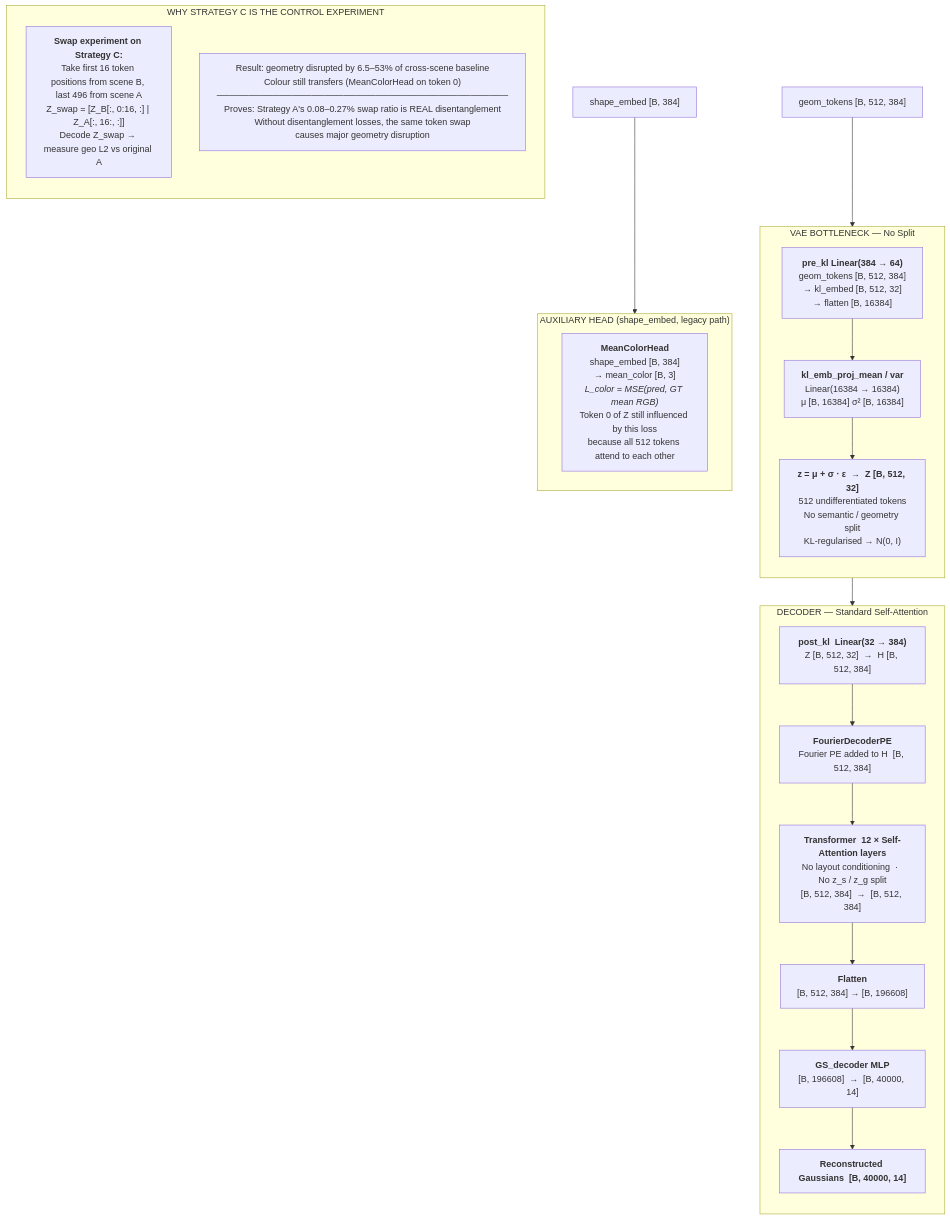
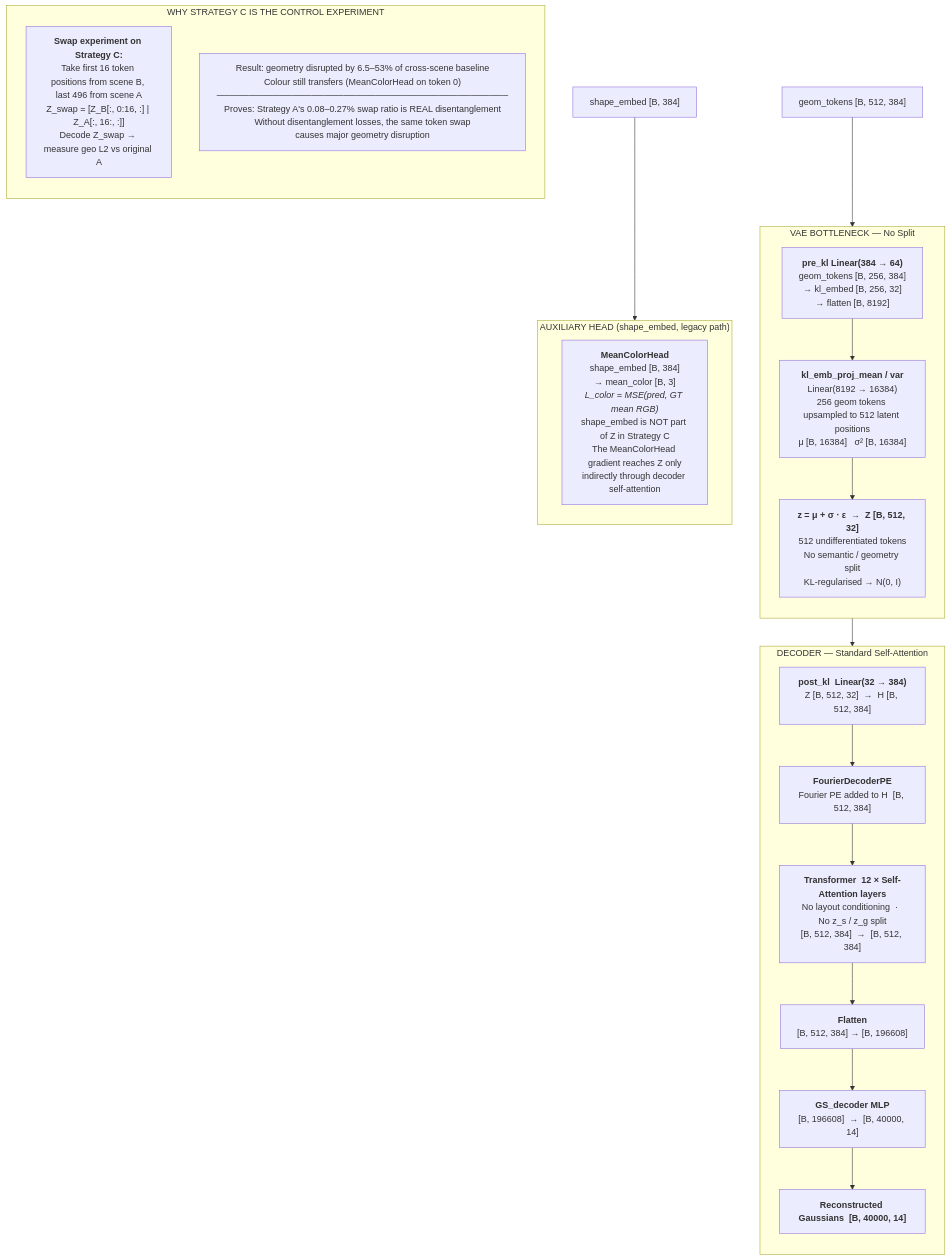
The sixth of 8 diagrams in README_NEW.md (Hafeezmhk7/Semantic-Scene-Completion), drawn with Mermaid before and after one commit. The commit also changed other lines of this file, not shown here.

````diff
--- a/README_NEW.md
+++ b/README_NEW.md
@@ -329,36 +416,36 @@
 ```mermaid
 flowchart TD
     SE_C["shape_embed  [B, 384]"]
     GT_C["geom_tokens  [B, 512, 384]"]
 
     subgraph BOT_C["VAE BOTTLENECK — No Split"]
         direction TB
-        PREKL_C["<b>pre_kl  Linear(384 → 64)</b><br/>geom_tokens [B, 512, 384]<br/>→ kl_embed [B, 512, 32]<br/>→ flatten  [B, 16384]"]
-        MU_C["<b>kl_emb_proj_mean / var</b><br/>Linear(16384 → 16384)<br/>μ [B, 16384]   σ² [B, 16384]"]
+        PREKL_C["<b>pre_kl  Linear(384 → 64)</b><br/>geom_tokens [B, 256, 384]<br/>→ kl_embed [B, 256, 32]<br/>→ flatten  [B, 8192]"]
+        MU_C["<b>kl_emb_proj_mean / var</b><br/>Linear(8192 → 16384)<br/>256 geom tokens upsampled to 512 latent positions<br/>μ [B, 16384]   σ² [B, 16384]"]
         Z_C["<b>z = μ + σ · ε  →  Z [B, 512, 32]</b><br/>512 undifferentiated tokens<br/>No semantic / geometry split<br/>KL-regularised → N(0, I)"]
     end
 
     subgraph HEAD_C["AUXILIARY HEAD  (shape_embed, legacy path)"]
-        HC_C["<b>MeanColorHead</b><br/>shape_embed [B, 384]<br/>→ mean_color [B, 3]<br/><i>L_color = MSE(pred, GT mean RGB)</i><br/>Token 0 of Z still influenced by this loss<br/>because all 512 tokens attend to each other"]
+        HC_C["<b>MeanColorHead</b><br/>shape_embed [B, 384]<br/>→ mean_color [B, 3]<br/><i>L_color = MSE(pred, GT mean RGB)</i><br/>shape_embed is NOT part of Z in Strategy C<br/>The MeanColorHead gradient reaches Z only<br/>indirectly through decoder self-attention"]
     end
 
     subgraph DEC_C["DECODER — Standard Self-Attention"]
         direction TB
         POSTKL_C["<b>post_kl  Linear(32 → 384)</b><br/>Z [B, 512, 32]  →  H [B, 512, 384]"]
         FOURPE_C["<b>FourierDecoderPE</b><br/>Fourier PE added to H  [B, 512, 384]"]
         TRANS_C["<b>Transformer  12 × Self-Attention layers</b><br/>No layout conditioning  ·  No z_s / z_g split<br/>[B, 512, 384]  →  [B, 512, 384]"]
         FLAT_C["<b>Flatten</b><br/>[B, 512, 384]  →  [B, 196608]"]
         GSD_C["<b>GS_decoder MLP</b><br/>[B, 196608]  →  [B, 40000, 14]"]
         OUT_C["<b>Reconstructed Gaussians  [B, 40000, 14]</b>"]
     end
 
     subgraph CTRL["WHY STRATEGY C IS THE CONTROL EXPERIMENT"]
         direction TB
         NOTE1["<b>Swap experiment on Strategy C:</b><br/>Take first 16 token positions from scene B, last 496 from scene A<br/>Z_swap = [Z_B[:, 0:16, :] | Z_A[:, 16:, :]]<br/>Decode Z_swap → measure geo L2 vs original A"]
         NOTE2["Result: geometry disrupted by 6.5–53% of cross-scene baseline<br/>Colour still transfers (MeanColorHead on token 0)<br/>──────────────────────────────────────────────<br/>Proves: Strategy A's 0.08–0.27% swap ratio is REAL disentanglement<br/>Without disentanglement losses, the same token swap<br/>causes major geometry disruption"]
     end
 
     SE_C --> HEAD_C
     GT_C --> PREKL_C --> MU_C --> Z_C
     Z_C --> POSTKL_C --> FOURPE_C --> TRANS_C --> FLAT_C --> GSD_C --> OUT_C
 ```
````
